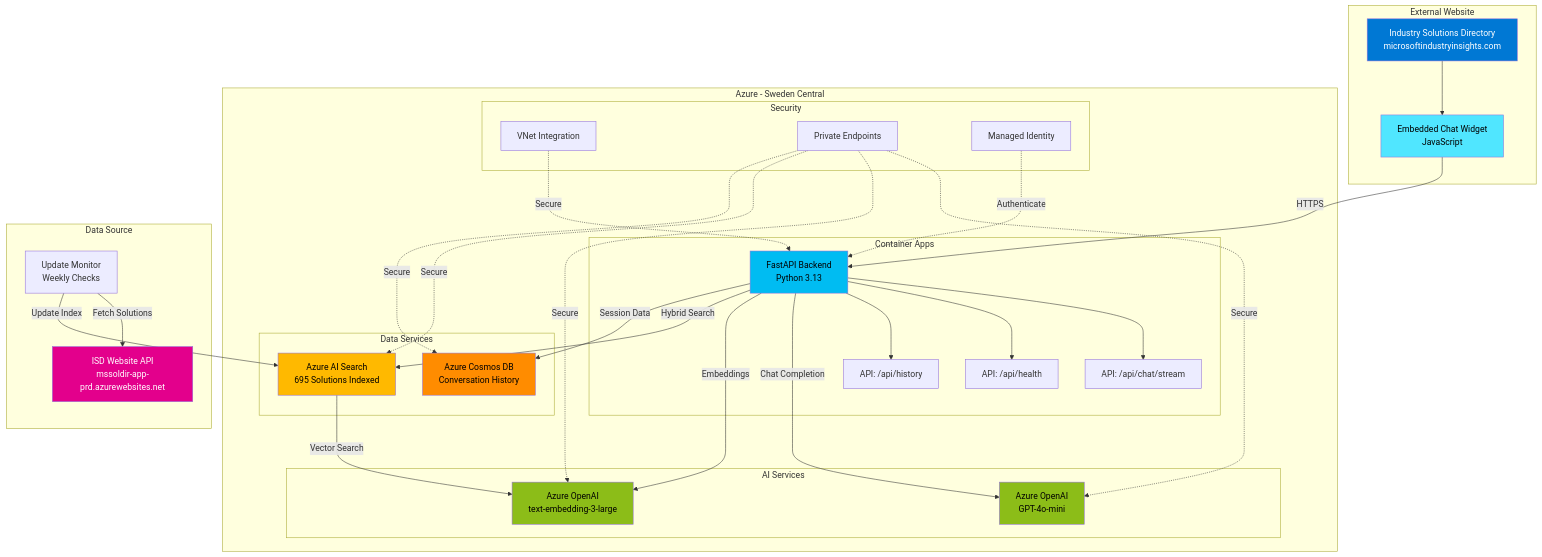
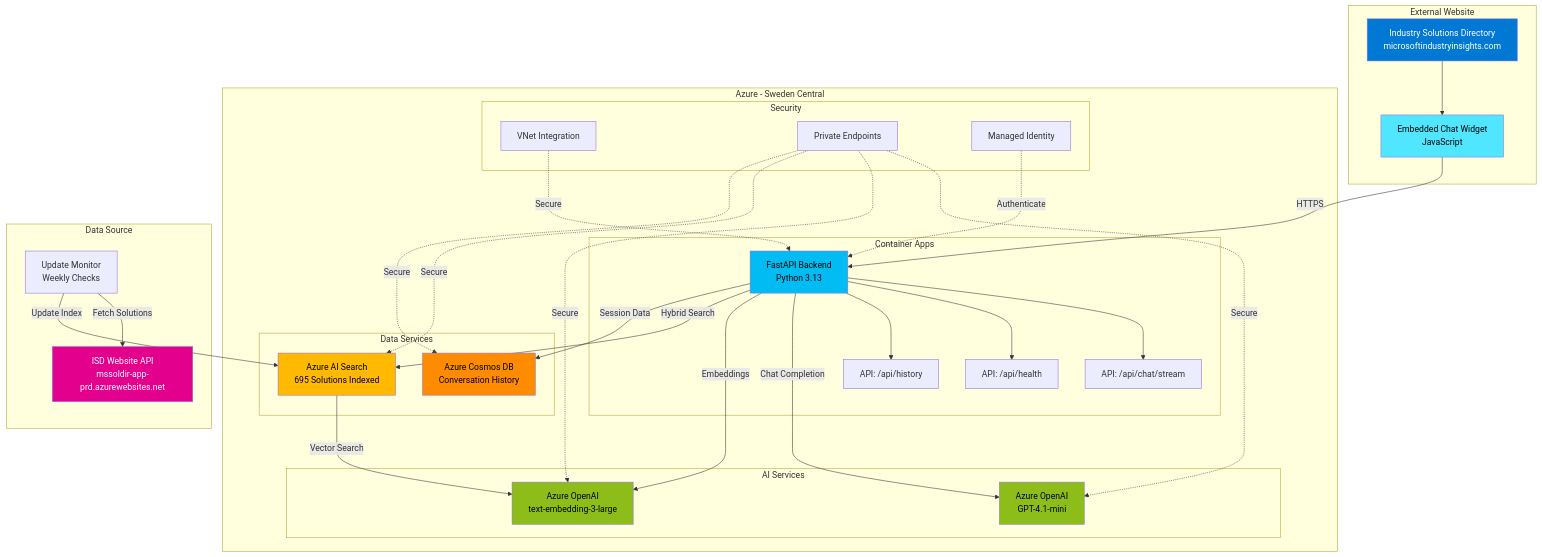
One commit to Arturo-Quiroga-MSFT/Industry-Solutions-Directory-PRO-Code changed the first of 3 diagrams in ARCHITECTURE.md. Above: the diagram before and after it, drawn with Mermaid. The commit also changed 1 other file, not shown here.

````diff
--- a/ARCHITECTURE.md
+++ b/ARCHITECTURE.md
@@ -30,67 +30,67 @@
 ```mermaid
 graph TB
     subgraph "External Website"
         A[Industry Solutions Directory<br/>microsoftindustryinsights.com]
         B[Embedded Chat Widget<br/>JavaScript]
     end
     
     subgraph "Azure - Sweden Central"
         subgraph "Container Apps"
             C[FastAPI Backend<br/>Python 3.13]
             C1["API: /api/chat/stream"]
             C2["API: /api/health"]
             C3["API: /api/history"]
         end
         
         subgraph "AI Services"
-            D[Azure OpenAI<br/>GPT-4o-mini]
+            D[Azure OpenAI<br/>GPT-4.1-mini]
             E[Azure OpenAI<br/>text-embedding-3-large]
         end
         
         subgraph "Data Services"
             F[Azure AI Search<br/>695 Solutions Indexed]
             G[Azure Cosmos DB<br/>Conversation History]
         end
         
         subgraph "Security"
             H[VNet Integration]
             I[Private Endpoints]
             J[Managed Identity]
         end
     end
     
     subgraph "Data Source"
         K[ISD Website API<br/>mssoldir-app-prd.azurewebsites.net]
         L[Update Monitor<br/>Weekly Checks]
     end
     
     A --> B
     B -->|HTTPS| C
     C --> C1
     C --> C2
     C --> C3
     C -->|Chat Completion| D
     C -->|Embeddings| E
     C -->|Hybrid Search| F
     C -->|Session Data| G
     F -->|Vector Search| E
     
     L -->|Fetch Solutions| K
     L -->|Update Index| F
     
     H -.->|Secure| C
     I -.->|Secure| D
     I -.->|Secure| E
     I -.->|Secure| F
     I -.->|Secure| G
     J -.->|Authenticate| C
     
     style A fill:#0078d4,color:#fff
     style B fill:#50e6ff,color:#000
     style C fill:#00bcf2,color:#000
     style D fill:#8cbd18,color:#000
     style E fill:#8cbd18,color:#000
     style F fill:#ffb900,color:#000
     style G fill:#ff8c00,color:#000
     style K fill:#e3008c,color:#fff
 ```
````
